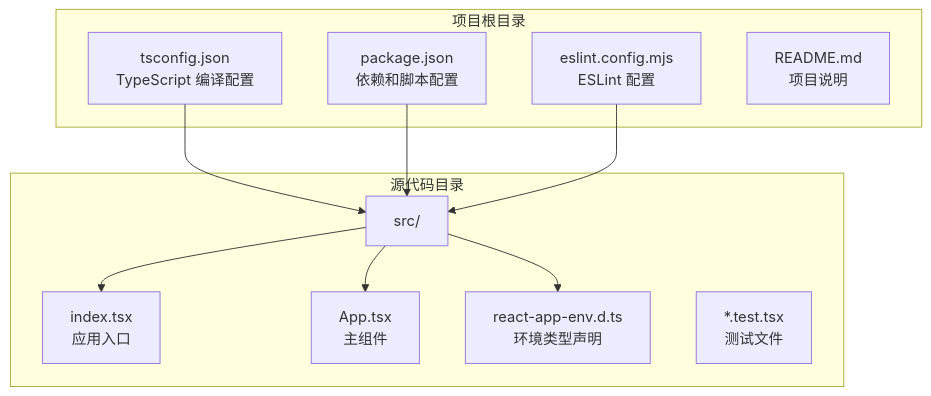
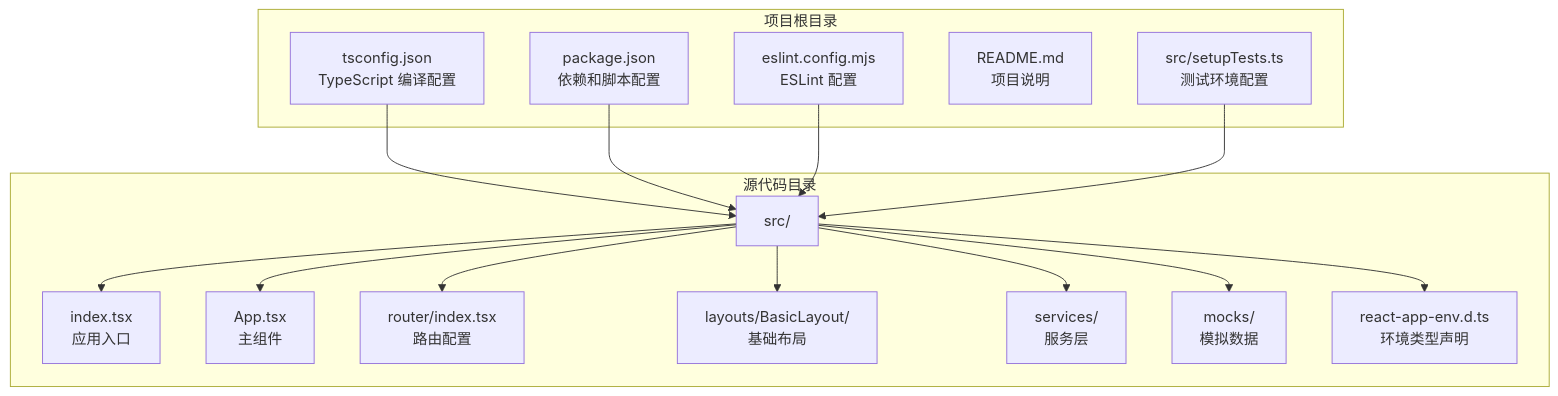
Before and after one commit to kkxxll/reactNext: the first of 6 diagrams in .qoder/repowiki/zh/content/开发工具链/TypeScript 编译配置.md, drawn with Mermaid. The commit also changed other lines of this file and 7 other files, not shown here.

````diff
--- a/.qoder/repowiki/zh/content/开发工具链/TypeScript 编译配置.md
+++ b/.qoder/repowiki/zh/content/开发工具链/TypeScript 编译配置.md
@@ -34,22 +49,31 @@
 ```mermaid
 graph TB
 subgraph "项目根目录"
 TS["tsconfig.json<br/>TypeScript 编译配置"]
 PKG["package.json<br/>依赖和脚本配置"]
 ESL["eslint.config.mjs<br/>ESLint 配置"]
 README["README.md<br/>项目说明"]
+SETUP["src/setupTests.ts<br/>测试环境配置"]
 end
 subgraph "源代码目录"
 SRC["src/"]
 IDX["index.tsx<br/>应用入口"]
 APP["App.tsx<br/>主组件"]
+ROUTER["router/index.tsx<br/>路由配置"]
+LAYOUT["layouts/BasicLayout/<br/>基础布局"]
+SERVICES["services/<br/>服务层"]
+MOCKS["mocks/<br/>模拟数据"]
 ENV["react-app-env.d.ts<br/>环境类型声明"]
-TEST["*.test.tsx<br/>测试文件"]
 end
 TS --> SRC
 PKG --> SRC
 ESL --> SRC
+SETUP --> SRC
 SRC --> IDX
 SRC --> APP
+SRC --> ROUTER
+SRC --> LAYOUT
+SRC --> SERVICES
+SRC --> MOCKS
 SRC --> ENV
 ```
````
